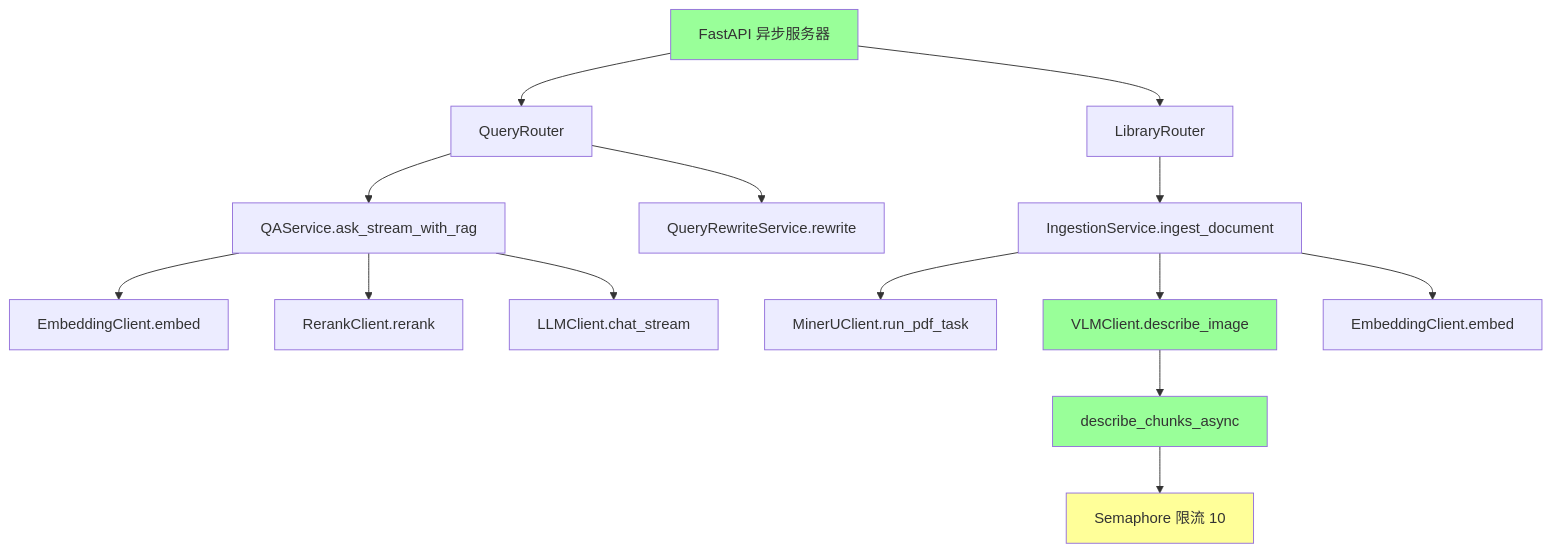
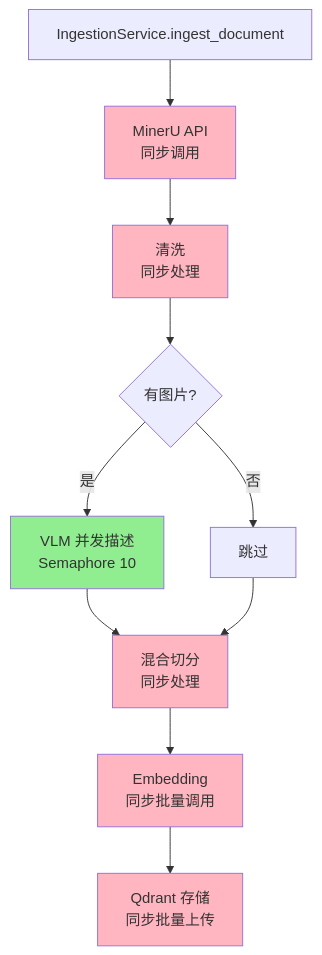
Before and after one commit to ornman/Paper-Agentic: the diagram in docs/Decision-Snapshot/2-动态行为/2.4-并发与资源调度.md, drawn with Mermaid. The commit also changed other lines of this file and 30 other files, not shown here.

````diff
--- a/docs/Decision-Snapshot/2-动态行为/2.4-并发与资源调度.md
+++ b/docs/Decision-Snapshot/2-动态行为/2.4-并发与资源调度.md
@@ -10,26 +39,19 @@
 ```mermaid
 graph TD
-    A[FastAPI 异步服务器] --> B1[QueryRouter]
-    A --> B2[LibraryRouter]
+    A[IngestionService.ingest_document] --> B[MinerU API<br/>同步调用]
+    B --> C[清洗<br/>同步处理]
+    C --> D{有图片?}
+    D -->|是| E[VLM 并发描述<br/>Semaphore 10]
+    D -->|否| F[跳过]
+    E --> G[混合切分<br/>同步处理]
+    F --> G
+    G --> H[Embedding<br/>同步批量调用]
+    H --> I[Qdrant 存储<br/>同步批量上传]
 
-    B1 --> C1[QAService.ask_stream_with_rag]
-    B1 --> C2[QueryRewriteService.rewrite]
-
-    B2 --> C3[IngestionService.ingest_document]
-
-    C1 --> D1[EmbeddingClient.embed]
-    C1 --> D2[RerankClient.rerank]
-    C1 --> D3[LLMClient.chat_stream]
-
-    C3 --> D4[MinerUClient.run_pdf_task]
-    C3 --> D5[VLMClient.describe_image]
-    C3 --> D6[EmbeddingClient.embed]
-
-    D5 --> E1[describe_chunks_async]
-    E1 --> F1[Semaphore 限流 10]
-
-    style A fill:#9f9
-    style D5 fill:#9f9
-    style E1 fill:#9f9
-    style F1 fill:#ff9
+    style E fill:#90EE90
+    style B fill:#FFB6C1
+    style C fill:#FFB6C1
+    style G fill:#FFB6C1
+    style H fill:#FFB6C1
+    style I fill:#FFB6C1
 ```
````
